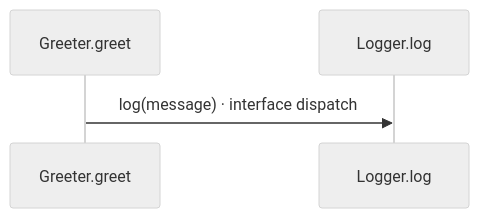
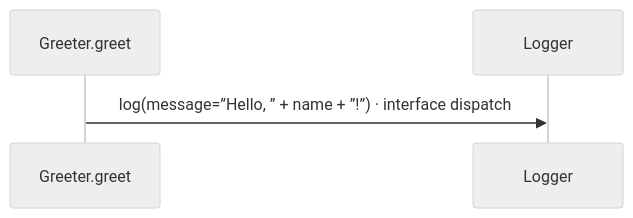
One commit to GreenPandaStudios/augscript changed the third of 3 diagrams in docs/examples/new-syntax/greeter-diagrams.md. Above: the diagram before and after it, drawn with Mermaid (neutral theme). The commit also changed other lines of this file and 524 other files, not shown here.

Commit message:
Explain checked data flow at folder and service levels

````diff
--- a/docs/examples/new-syntax/greeter-diagrams.md
+++ b/docs/examples/new-syntax/greeter-diagrams.md
@@ -65,6 +61,6 @@
 ```mermaid
 sequenceDiagram
     participant p0 as Greeter.greet
-    participant p1 as Logger.log
-    p0->>p1: log(message) · interface dispatch
+    participant p1 as Logger
+    p0->>p1: log(message=”Hello, ” + name + ”!”) · interface dispatch
 ```
````
